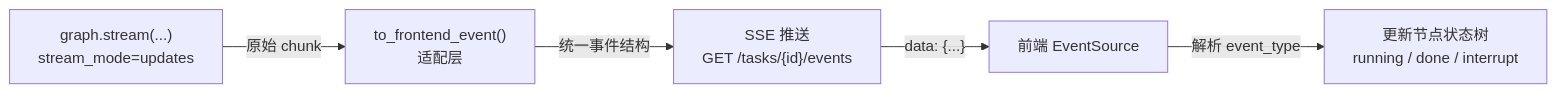
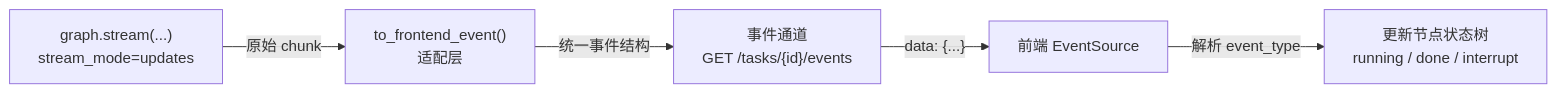
The third of 3 diagrams in ai-agent学习/06.LangGraph入门/12.流式输出与前端集成.md (sealzrt/2026-08--agent), drawn with Mermaid before and after one commit. The commit also changed other lines of this file and 17 other files, not shown here.

````diff
--- a/ai-agent学习/06.LangGraph入门/12.流式输出与前端集成.md
+++ b/ai-agent学习/06.LangGraph入门/12.流式输出与前端集成.md
@@ -270,7 +270,7 @@
 ```mermaid
 flowchart LR
     G["graph.stream(...)<br/>stream_mode=updates"] -->|"原始 chunk"| A["to_frontend_event()<br/>适配层"]
-    A -->|"统一事件结构"| SSE["SSE 推送<br/>GET /tasks/{id}/events"]
-    SSE -->|"data: {...}"| FE["前端 EventSource"]
+    A -->|"统一事件结构"| EV["事件通道<br/>GET /tasks/{id}/events"]
+    EV -->|"data: {...}"| FE["前端 EventSource"]
     FE -->|"解析 event_type"| UI["更新节点状态树<br/>running / done / interrupt"]
 ```
````
